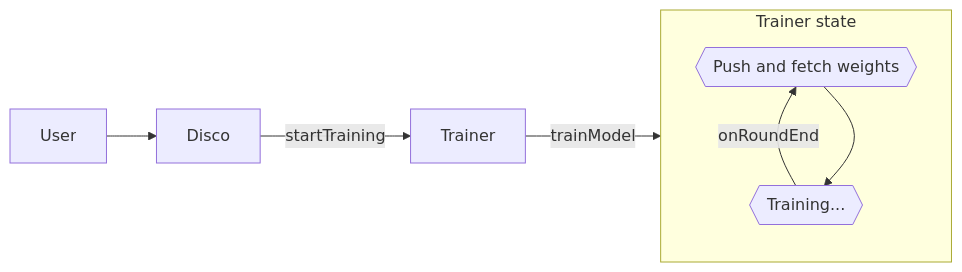
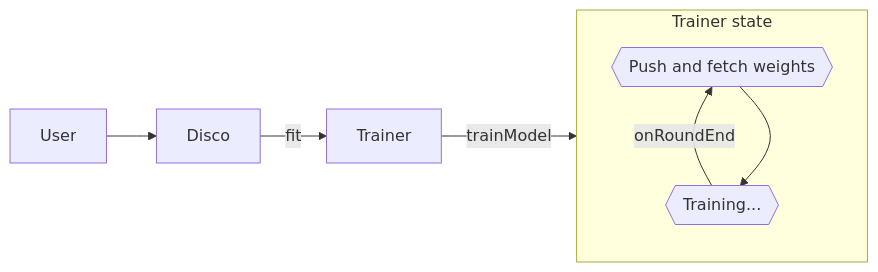
The first of 4 diagrams in docs/ONBOARDING.md (epfml/disco), drawn with Mermaid before and after one commit. The commit also changed other lines of this file and 40 other files, not shown here.

````diff
--- a/docs/ONBOARDING.md
+++ b/docs/ONBOARDING.md
@@ -177,9 +177,9 @@
 ```mermaid
 flowchart LR
-    User-->Disco-->|startTraining|Trainer-->|trainModel|state
+    User-->Disco-->|fit|Trainer-->|trainModel|state
     subgraph state [Trainer state]
     direction BT
     id1{{Training...}}-->|onRoundEnd|id2{{Push and fetch weights}}
     id2-->id1
     end
 ```
````
